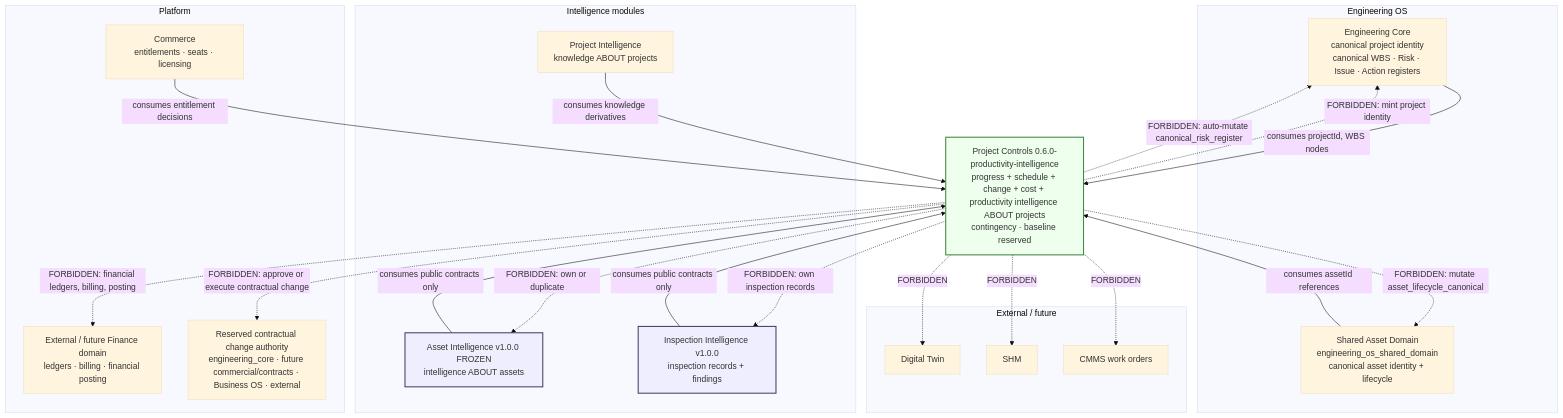
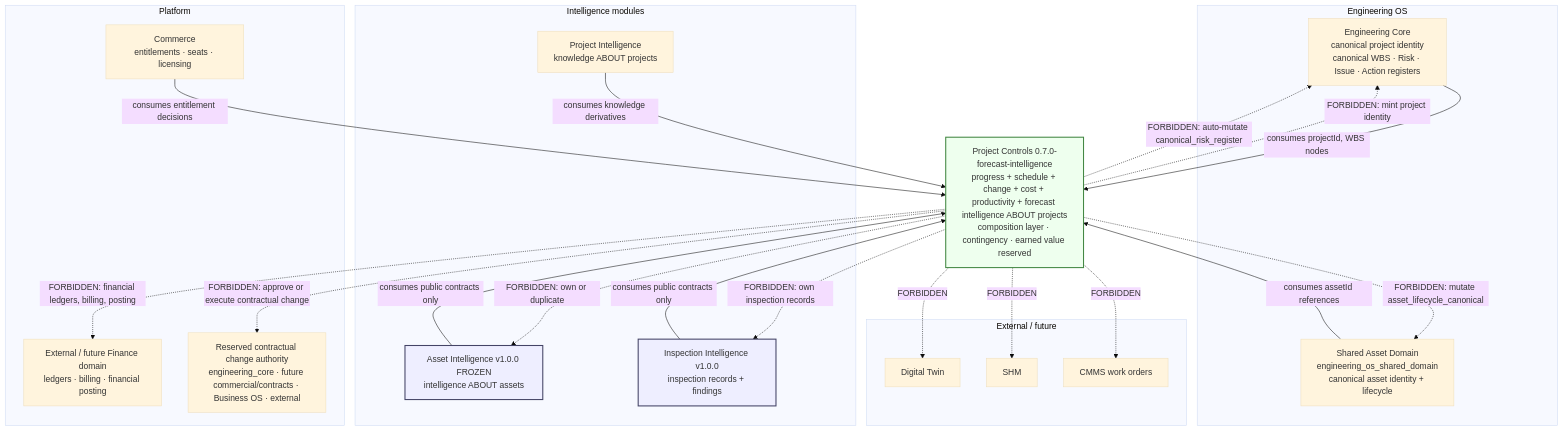
Before and after one commit to sberso2026/AI-Platform: the diagram in docs/architecture/PROJECT_CONTROLS_BOUNDARY_MAP.md, drawn with Mermaid (base theme). The commit also changed other lines of this file and 38 other files, not shown here.

Commit message:
Implement Phase 11G forecast intelligence with Project Context composition.

````diff
--- a/docs/architecture/PROJECT_CONTROLS_BOUNDARY_MAP.md
+++ b/docs/architecture/PROJECT_CONTROLS_BOUNDARY_MAP.md
@@ -11,50 +11,50 @@
 ```mermaid
 flowchart TB
   subgraph EOS["Engineering OS"]
     CORE["Engineering Core<br/>canonical project identity<br/>canonical WBS · Risk · Issue · Action registers"]
     SHARED["Shared Asset Domain<br/>engineering_os_shared_domain<br/>canonical asset identity + lifecycle"]
   end
 
   subgraph MODULES["Intelligence modules"]
     PI["Project Intelligence<br/>knowledge ABOUT projects"]
     AI["Asset Intelligence v1.0.0 FROZEN<br/>intelligence ABOUT assets"]
     II["Inspection Intelligence v1.0.0<br/>inspection records + findings"]
   end
 
   subgraph PLATFORM["Platform"]
     COMMERCE["Commerce<br/>entitlements · seats · licensing"]
     FINANCE["External / future Finance domain<br/>ledgers · billing · financial posting"]
     CONTRACTS["Reserved contractual change authority<br/>engineering_core · future commercial/contracts · Business OS · external"]
   end
 
   subgraph EXTERNAL["External / future"]
     TWIN["Digital Twin"]
     SHM["SHM"]
     CMMS["CMMS work orders"]
   end
 
-  PC["Project Controls 0.6.0-productivity-intelligence<br/>progress + schedule + change + cost + productivity intelligence ABOUT projects<br/>contingency · baseline reserved"]
+  PC["Project Controls 0.7.0-forecast-intelligence<br/>progress + schedule + change + cost + productivity + forecast intelligence ABOUT projects<br/>composition layer · contingency · earned value reserved"]
 
   CORE -->|consumes projectId, WBS nodes| PC
   PI -->|consumes knowledge derivatives| PC
   AI -->|consumes public contracts only| PC
   II -->|consumes public contracts only| PC
   COMMERCE -->|consumes entitlement decisions| PC
   SHARED -->|consumes assetId references| PC
 
   PC -.->|FORBIDDEN: mint project identity| CORE
   PC -.->|FORBIDDEN: auto-mutate canonical_risk_register| CORE
   PC -.->|FORBIDDEN: mutate asset_lifecycle_canonical| SHARED
   PC -.->|FORBIDDEN: own or duplicate| AI
   PC -.->|FORBIDDEN: own inspection records| II
   PC -.->|FORBIDDEN: financial ledgers, billing, posting| FINANCE
   PC -.->|FORBIDDEN: approve or execute contractual change| CONTRACTS
   PC -.->|FORBIDDEN| TWIN
   PC -.->|FORBIDDEN| SHM
   PC -.->|FORBIDDEN| CMMS
 
   classDef frozen fill:#eef,stroke:#446,stroke-width:2px;
   classDef pc fill:#efe,stroke:#484,stroke-width:2px;
   class AI,II frozen;
   class PC pc;
 ```
````
